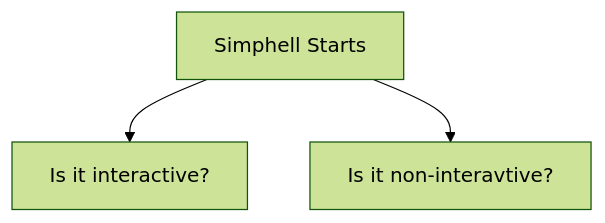
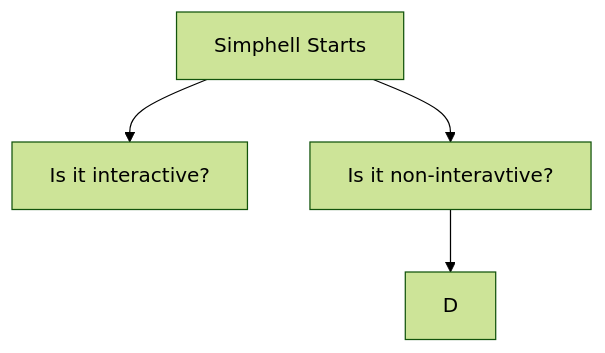
One commit to LeeWest89/MySuperRepo changed the diagram in README.md. Above: the diagram before and after it, drawn with Mermaid (forest theme).

````diff
--- a/README.md
+++ b/README.md
@@ -2,5 +2,6 @@
 ```mermaid
 flowchart TD;
   A[Simphell Starts]-->B[Is it interactive?];
   A-->C[Is it non-interavtive?];
+  C-->D;
 ```
````
